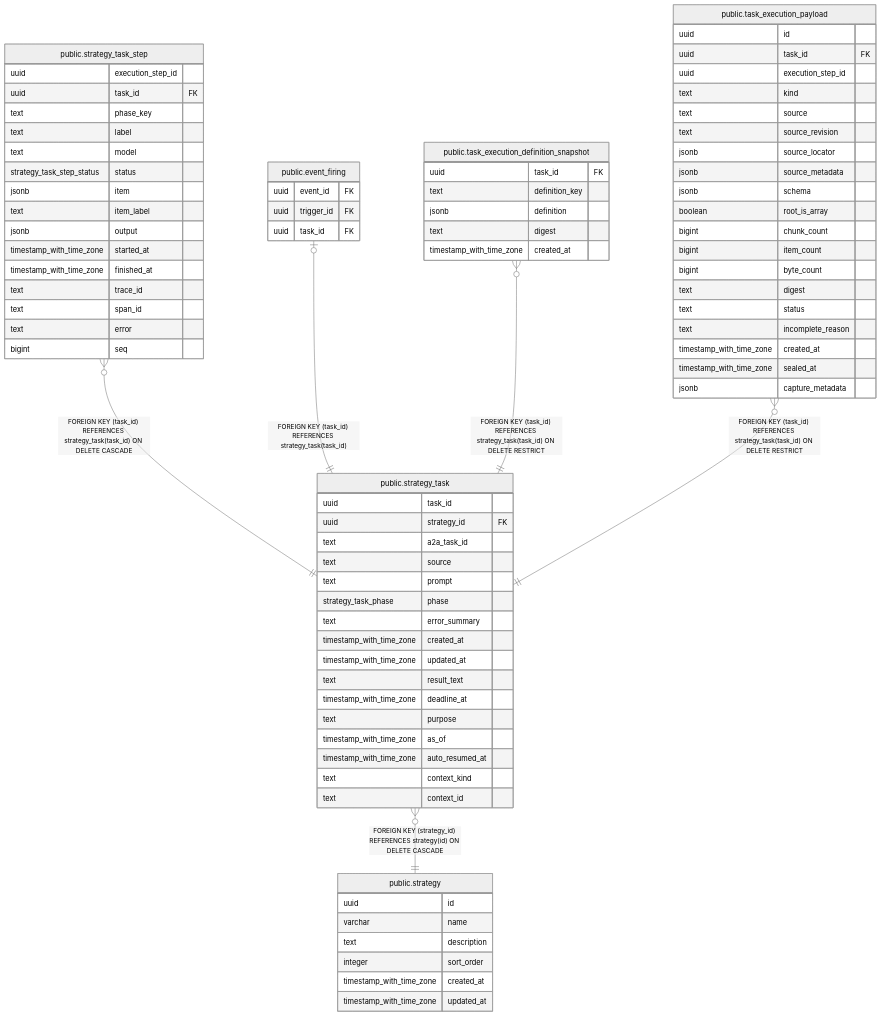
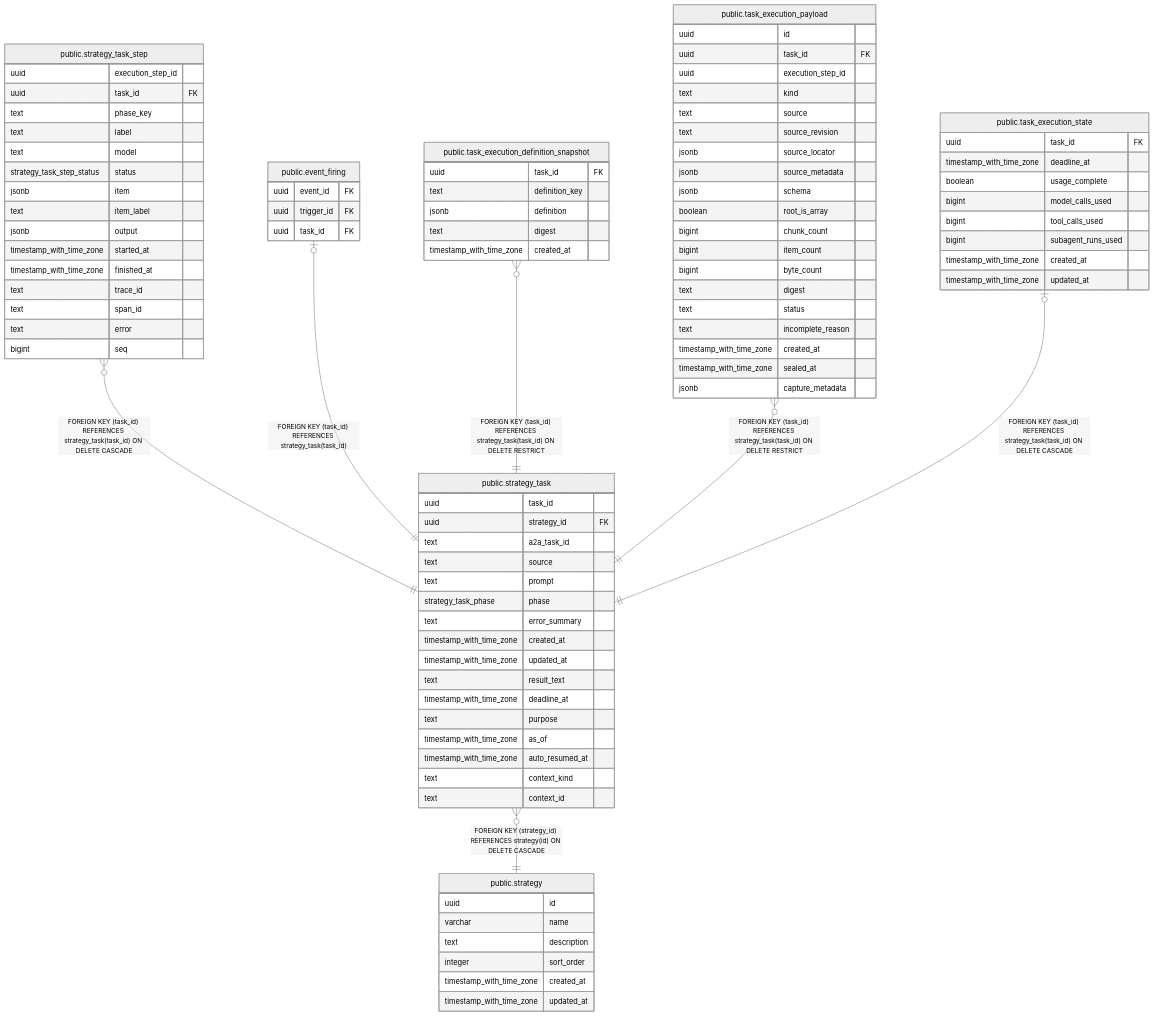
One commit to fohte/t-rader changed the diagram in backend/docs/db/public.strategy_task.md. Above: the diagram before and after it, drawn with Mermaid (neutral theme). The commit also changed other lines of this file and 96 other files, not shown here.

```diff
--- a/backend/docs/db/public.strategy_task.md
+++ b/backend/docs/db/public.strategy_task.md
@@ -59,6 +59,7 @@
 "public.event_firing" |o--|| "public.strategy_task" : "FOREIGN KEY (task_id) REFERENCES strategy_task(task_id)"
 "public.task_execution_definition_snapshot" }o--|| "public.strategy_task" : "FOREIGN KEY (task_id) REFERENCES strategy_task(task_id) ON DELETE RESTRICT"
 "public.task_execution_payload" }o--|| "public.strategy_task" : "FOREIGN KEY (task_id) REFERENCES strategy_task(task_id) ON DELETE RESTRICT"
+"public.task_execution_state" |o--|| "public.strategy_task" : "FOREIGN KEY (task_id) REFERENCES strategy_task(task_id) ON DELETE CASCADE"
 "public.strategy_task" }o--|| "public.strategy" : "FOREIGN KEY (strategy_id) REFERENCES strategy(id) ON DELETE CASCADE"
 
 "public.strategy_task" {
@@ -129,6 +130,16 @@
   timestamp_with_time_zone sealed_at
   jsonb capture_metadata
 }
+"public.task_execution_state" {
+  uuid task_id FK
+  timestamp_with_time_zone deadline_at
+  boolean usage_complete
+  bigint model_calls_used
+  bigint tool_calls_used
+  bigint subagent_runs_used
+  timestamp_with_time_zone created_at
+  timestamp_with_time_zone updated_at
+}
 "public.strategy" {
   uuid id
   varchar name
```
